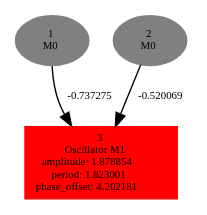
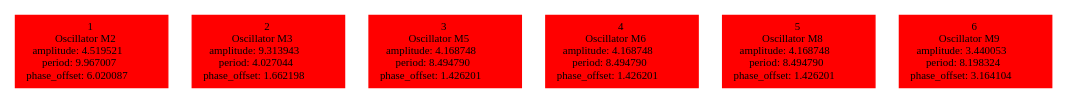
The diagram in experiments/locomotion1/offspringpop2/tempbrain.dot (karinemiras/l-system), drawn with Graphviz before and after one commit. The commit also changed 83 other files, not shown here.

```diff
--- a/experiments/locomotion1/offspringpop2/tempbrain.dot
+++ b/experiments/locomotion1/offspringpop2/tempbrain.dot
@@ -1,7 +1,8 @@
  digraph g{ forcelabels=true;
-1[label=<1<BR/>M0>,color="grey",style=filled,fontsize=8];
-2[label=<2<BR/>M0>,color="grey",style=filled,fontsize=8];
-3 [label=<3<BR />Oscillator M1<BR /> amplitude: 1.878854<BR /> period: 1.823001<BR /> phase_offset: 4.202181>, shape=box,color=red,style=filled,fontsize=8];
-1 -> 3[label="-0.737275 ",fontsize="8"];
-2 -> 3[label="-0.520069 ",fontsize="8"];
+1 [label=<1<BR />Oscillator M2<BR /> amplitude: 4.519521<BR /> period: 9.967007<BR /> phase_offset: 6.020087>, shape=box,color=red,style=filled,fontsize=8];
+2 [label=<2<BR />Oscillator M3<BR /> amplitude: 9.313943<BR /> period: 4.027044<BR /> phase_offset: 1.662198>, shape=box,color=red,style=filled,fontsize=8];
+3 [label=<3<BR />Oscillator M5<BR /> amplitude: 4.168748<BR /> period: 8.494790<BR /> phase_offset: 1.426201>, shape=box,color=red,style=filled,fontsize=8];
+4 [label=<4<BR />Oscillator M6<BR /> amplitude: 4.168748<BR /> period: 8.494790<BR /> phase_offset: 1.426201>, shape=box,color=red,style=filled,fontsize=8];
+5 [label=<5<BR />Oscillator M8<BR /> amplitude: 4.168748<BR /> period: 8.494790<BR /> phase_offset: 1.426201>, shape=box,color=red,style=filled,fontsize=8];
+6 [label=<6<BR />Oscillator M9<BR /> amplitude: 3.440053<BR /> period: 8.198324<BR /> phase_offset: 3.164104>, shape=box,color=red,style=filled,fontsize=8];
  }
```
